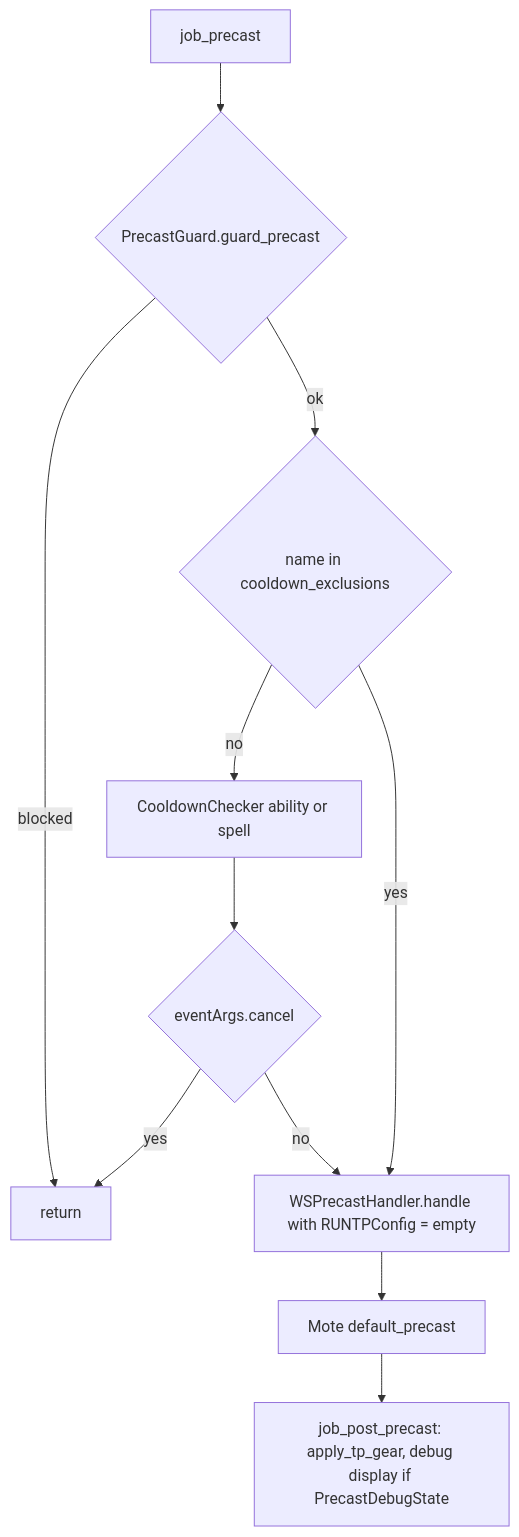
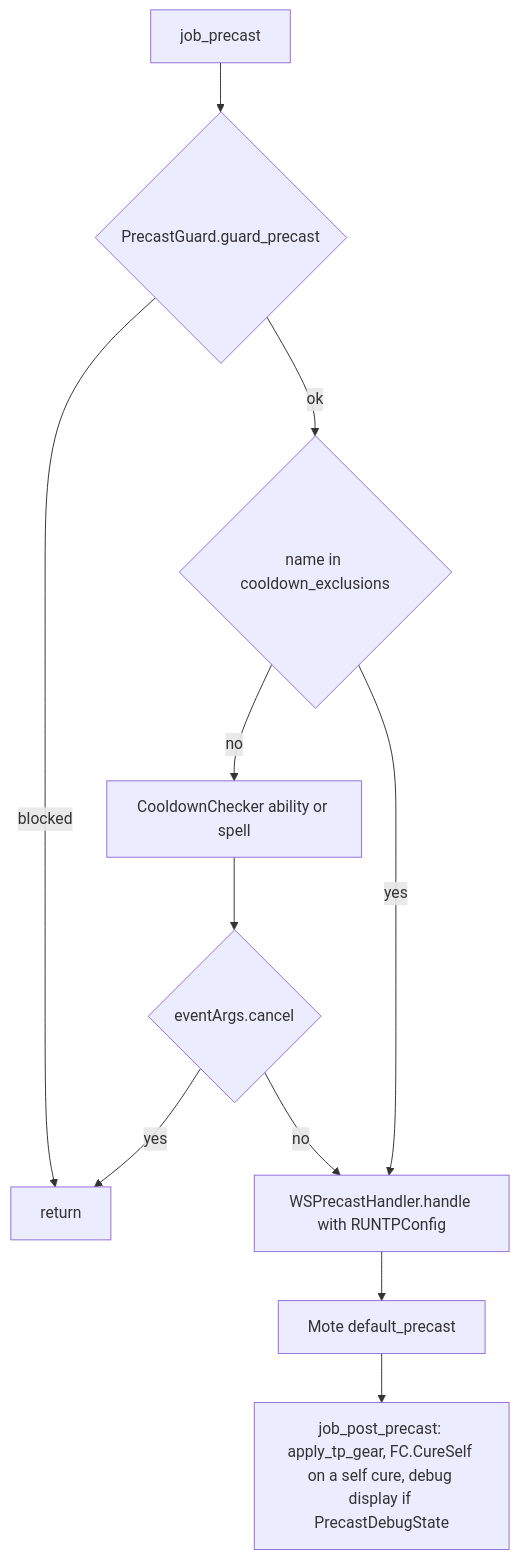
The second of 3 diagrams in docs/dev/jobs/run.md (ejouanchicot/Gearswap), drawn with Mermaid before and after one commit. The commit also changed other lines of this file and 6 other files, not shown here.

````diff
--- a/docs/dev/jobs/run.md
+++ b/docs/dev/jobs/run.md
@@ -122,13 +122,13 @@
 ```mermaid
 flowchart TD
     A[job_precast] --> B{PrecastGuard.guard_precast}
     B -- blocked --> Z[return]
     B -- ok --> C{name in cooldown_exclusions}
     C -- no --> D[CooldownChecker ability or spell]
     D --> E{eventArgs.cancel}
     E -- yes --> Z
     E -- no --> G
-    C -- yes --> G[WSPrecastHandler.handle with RUNTPConfig = empty]
+    C -- yes --> G[WSPrecastHandler.handle with RUNTPConfig]
     G --> H[Mote default_precast]
-    H --> I[job_post_precast: apply_tp_gear, debug display if PrecastDebugState]
+    H --> I[job_post_precast: apply_tp_gear, FC.CureSelf on a self cure, debug display if PrecastDebugState]
 ```
````
